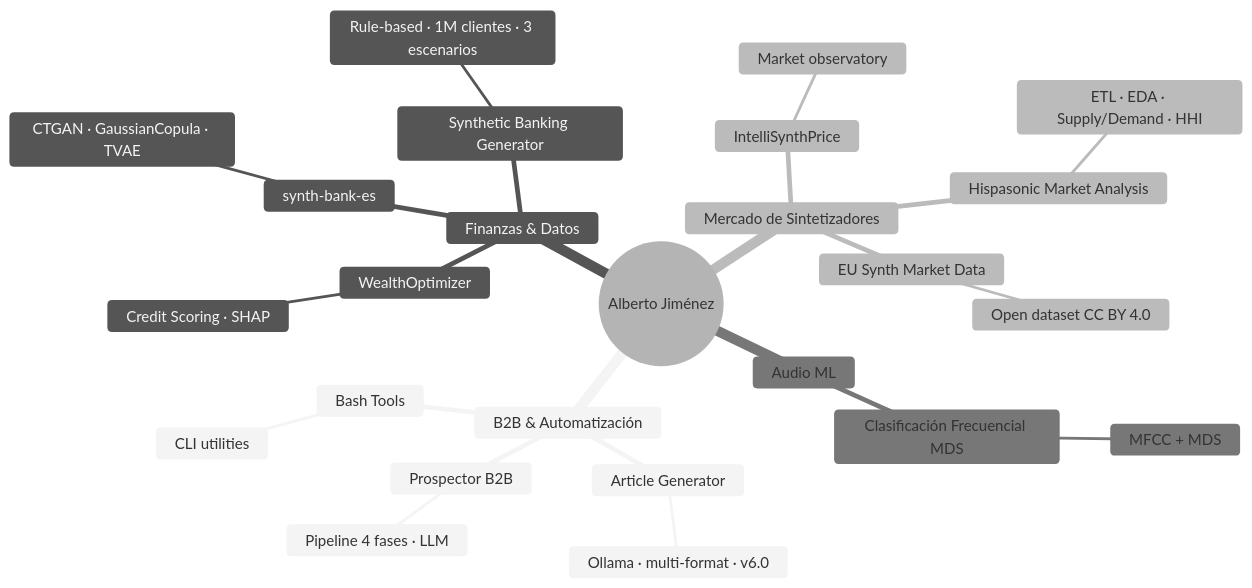
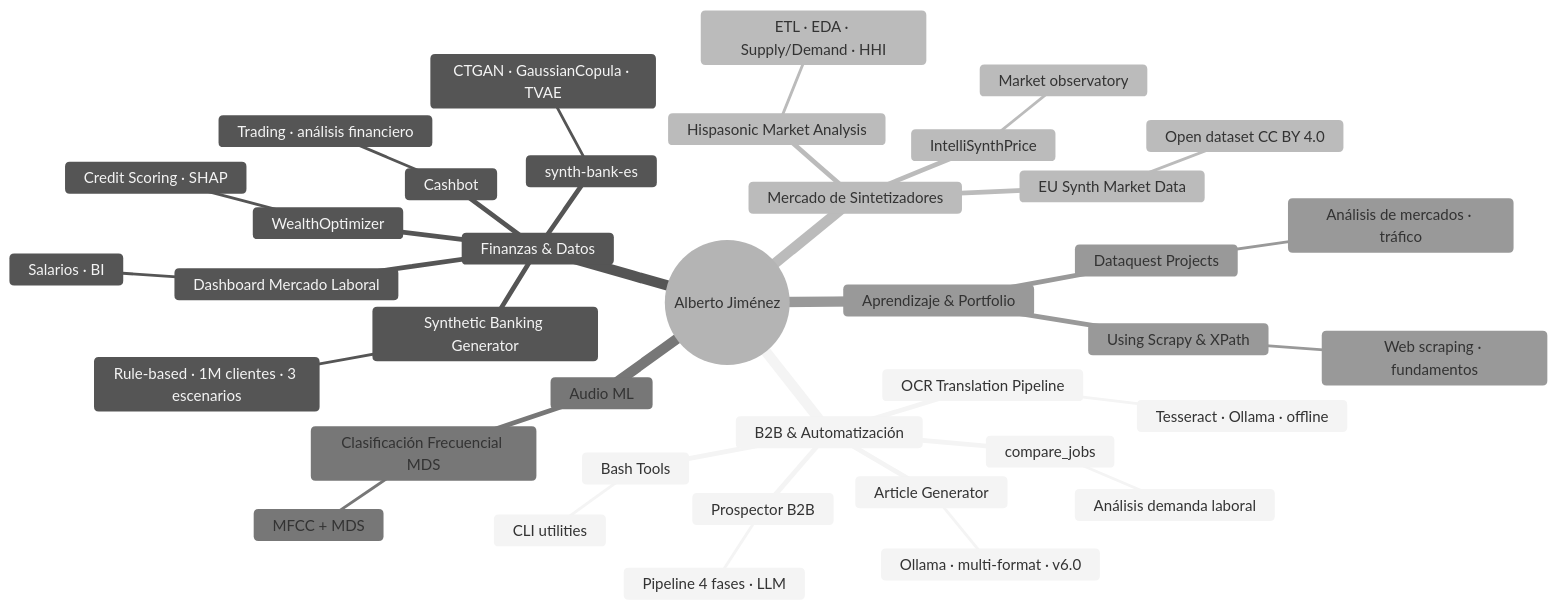
One commit to albertjimrod/albertjimrod changed the diagram in README.md. Above: the diagram before and after it, drawn with Mermaid (neutral theme). The commit also changed other lines of this file, not shown here.

Commit message:
añade repos restantes: compare_jobs, OCR, dashboard, Cashbot, dataquest, scrapy

````diff
--- a/README.md
+++ b/README.md
@@ -46,28 +52,41 @@
 ```mermaid
 mindmap
   root((Alberto Jiménez))
     B2B & Automatización
       Prospector B2B
         Pipeline 4 fases · LLM
+      compare_jobs
+        Análisis demanda laboral
       Article Generator
         Ollama · multi-format · v6.0
+      OCR Translation Pipeline
+        Tesseract · Ollama · offline
       Bash Tools
         CLI utilities
     Finanzas & Datos
       WealthOptimizer
         Credit Scoring · SHAP
+      Dashboard Mercado Laboral
+        Salarios · BI
+      Cashbot
+        Trading · análisis financiero
       synth-bank-es
         CTGAN · GaussianCopula · TVAE
       Synthetic Banking Generator
         Rule-based · 1M clientes · 3 escenarios
     Mercado de Sintetizadores
       IntelliSynthPrice
         Market observatory
       EU Synth Market Data
         Open dataset CC BY 4.0
       Hispasonic Market Analysis
         ETL · EDA · Supply/Demand · HHI
     Audio ML
       Clasificación Frecuencial MDS
         MFCC + MDS
+    Aprendizaje & Portfolio
+      Dataquest Projects
+        Análisis de mercados · tráfico
+      Using Scrapy & XPath
+        Web scraping · fundamentos
 ```
````
